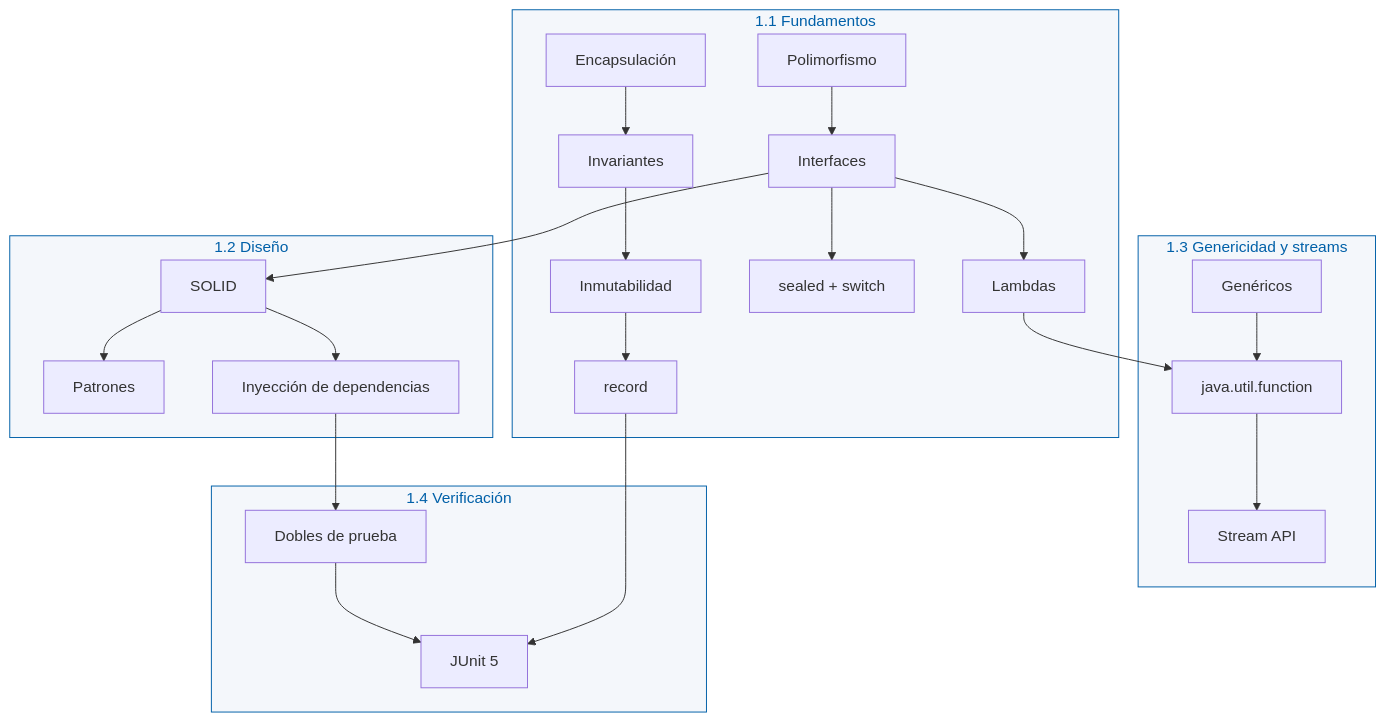
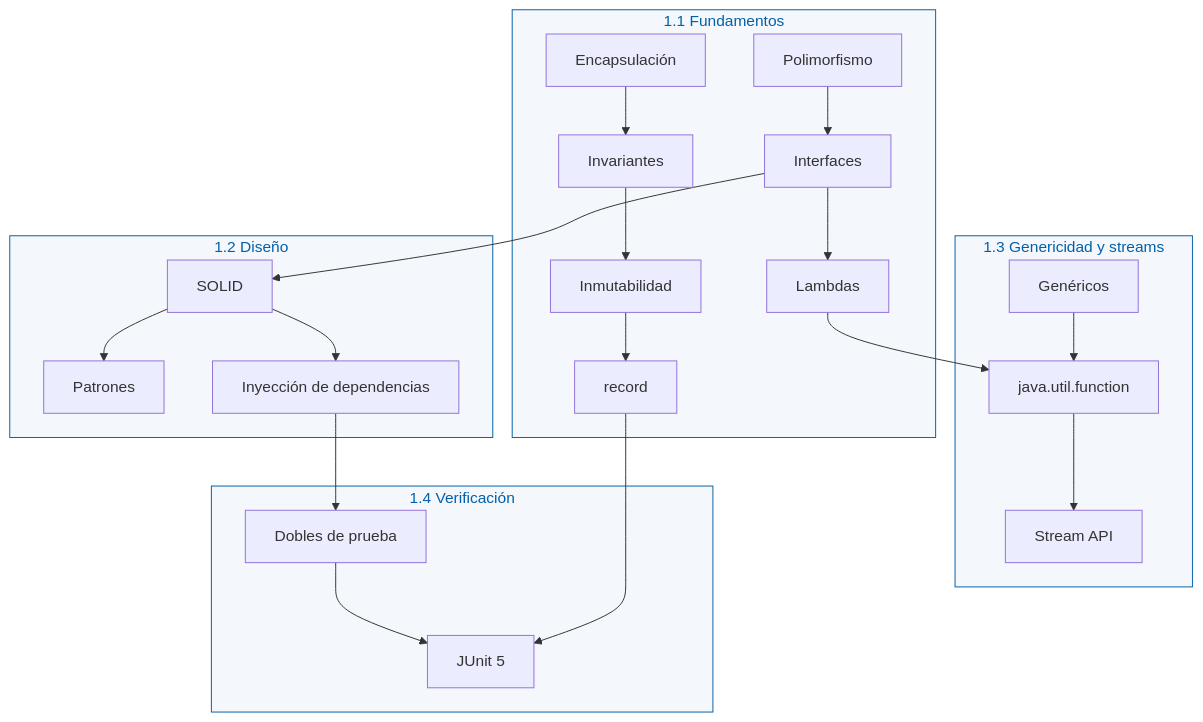
One commit to UIB-22354-Programacion-Avanzada/website changed the tenth of 10 diagrams in es/contenido/tema1.qmd. Above: the diagram before and after it, drawn with Mermaid. The commit also changed other lines of this file and 8 other files, not shown here.

````diff
--- a/es/contenido/tema1.qmd
+++ b/es/contenido/tema1.qmd
@@ -3637,30 +3521,29 @@
 ```{mermaid}
 flowchart TB
     subgraph POO["1.1 Fundamentos"]
         E[Encapsulación] --> I[Invariantes]
         I --> IM[Inmutabilidad]
         IM --> R["record"]
         P[Polimorfismo] --> IF[Interfaces]
-        IF --> S["sealed + switch"]
         IF --> L[Lambdas]
     end
     subgraph SOLID["1.2 Diseño"]
         IF --> SO[SOLID]
         SO --> PA[Patrones]
         SO --> DI[Inyección de dependencias]
     end
     subgraph GEN["1.3 Genericidad y streams"]
         G[Genéricos] --> FI["java.util.function"]
         L --> FI
         FI --> ST[Stream API]
     end
     subgraph TEST["1.4 Verificación"]
         DI --> DP[Dobles de prueba]
         DP --> JU[JUnit 5]
         R --> JU
     end
     style POO fill:#f4f7fb,stroke:#0060A8,color:#0060A8
     style SOLID fill:#f4f7fb,stroke:#0060A8,color:#0060A8
     style GEN fill:#f4f7fb,stroke:#0060A8,color:#0060A8
     style TEST fill:#f4f7fb,stroke:#0060A8,color:#0060A8
 ```
````
